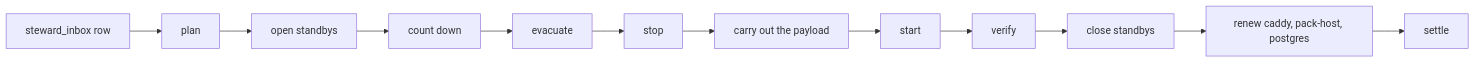
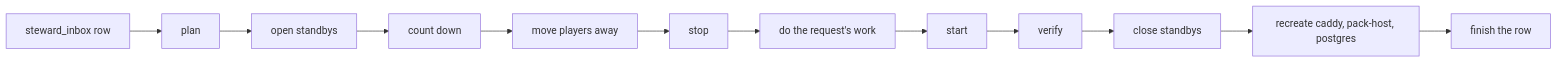
The diagram in steward-agent/README.md (nordtal/season-2), drawn with Mermaid before and after one commit. The commit also changed other lines of this file and 4 other files, not shown here.

````diff
--- a/steward-agent/README.md
+++ b/steward-agent/README.md
@@ -34,6 +44,6 @@
 ```mermaid
 flowchart LR
-    row["steward_inbox row"] --> plan --> standbys["open standbys"] --> count["count down"] --> evac["evacuate"]
-    evac --> stop --> payload["carry out the payload"] --> start --> verify --> close["close standbys"]
-    close --> renew["renew caddy, pack-host, postgres"] --> settle
+    row["steward_inbox row"] --> plan --> standbys["open standbys"] --> count["count down"] --> evac["move players away"]
+    evac --> stop --> payload["do the request's work"] --> start --> verify --> close["close standbys"]
+    close --> renew["recreate caddy, pack-host, postgres"] --> settle["finish the row"]
 ```
````
